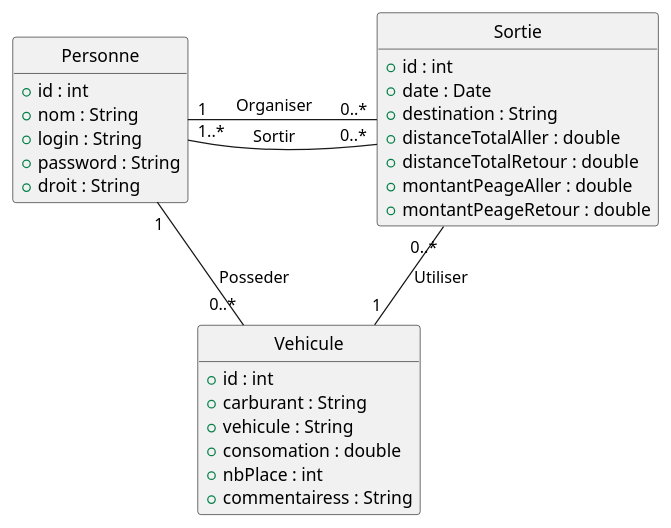
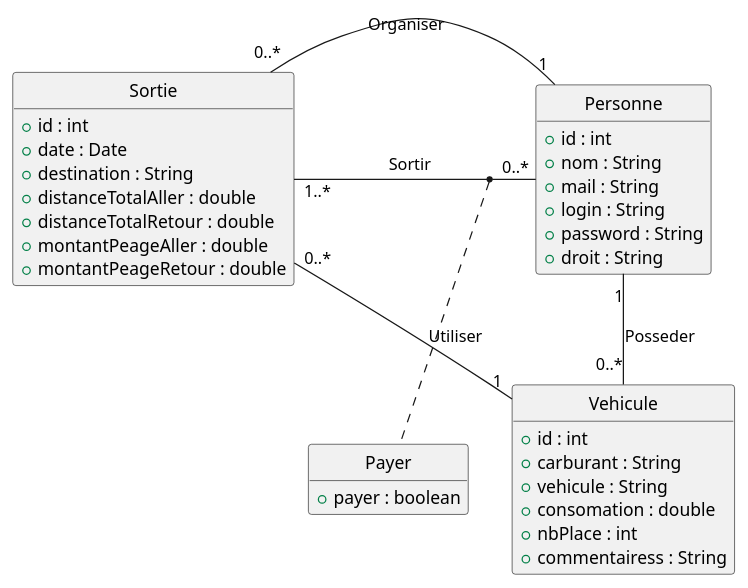
One commit to BanProg23/apsio-uml changed the diagram in src/DC-travel.puml. Above: the diagram before and after it, drawn with PlantUML. The commit also changed 3 other files, not shown here.

```diff
--- a/src/DC-travel.puml
+++ b/src/DC-travel.puml
@@ -1,38 +1,49 @@
 @startuml
 	
 	hide circles
 	hide methods
 	
 	class Sortie {
 		+ id : int
 		+ date : Date
 		+ destination : String
 		+ distanceTotalAller : double
 		+ distanceTotalRetour : double
 		+ montantPeageAller : double
 		+ montantPeageRetour : double			
 	}
 	
 	class Vehicule {
 		+ id : int
 		+ carburant : String
 		+ vehicule : String
 		+ consomation : double
 		+ nbPlace : int
 		+ commentairess : String
 	}
 	
 	class Personne {
 		+ id : int
 		+ nom : String
+		+ mail : String
 		+ login : String
 		+ password : String
 		+ droit : String
 	}
 	
+	class Payer {
+		+payer : boolean
+	}
+	
+	
+	
 	Sortie "0..*"--"1" Vehicule : Utiliser
-	Sortie "0..*"-l-"1..*" Personne : "    Sortir        "
+	Sortie "0..*"-l-"1..*" Personne : "                 Sortir        "
+	(Personne, Sortie) .. Payer
+	
 	Personne "1"-r-"0..*" Sortie : "      Organiser          "
 	Personne "1"--"0..*" Vehicule : "Posseder"
 	
+	
+	
 @enduml
```
